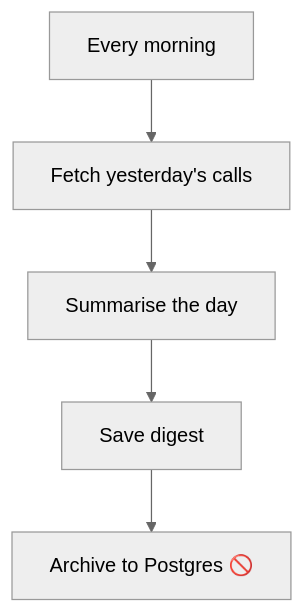
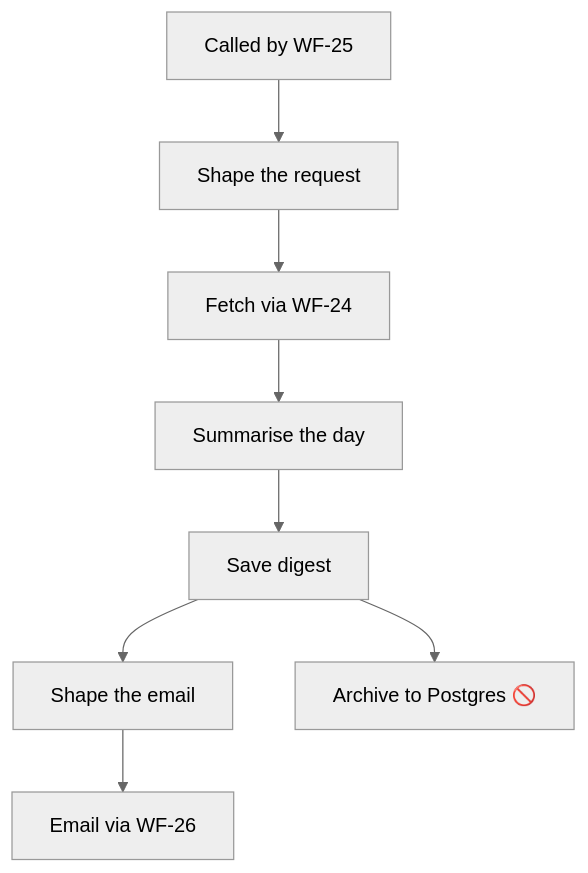
Before and after one commit to servetechg/Palmleaf-AI-Receptionist: the diagram in Docs/generated/workflows/WF-20.md, drawn with Mermaid (neutral theme). The commit also changed other lines of this file and 238 other files, not shown here.

````diff
--- a/Docs/generated/workflows/WF-20.md
+++ b/Docs/generated/workflows/WF-20.md
@@ -13,12 +19,18 @@
 ```mermaid
 flowchart TD
-    n0[Every morning]
-    n1[Fetch yesterday's calls]
-    n2[Summarise the day]
-    n3[Save digest]
-    n4[Archive to Postgres 🚫]
+    n0[Called by WF-25]
+    n1[Shape the request]
+    n2[Fetch via WF-24]
+    n3[Summarise the day]
+    n4[Save digest]
+    n5[Shape the email]
+    n6[Email via WF-26]
+    n7[Archive to Postgres 🚫]
     n0 -->n1
     n1 -->n2
     n2 -->n3
     n3 -->n4
+    n4 -->n5
+    n4 -->n7
+    n5 -->n6
 ```
````
